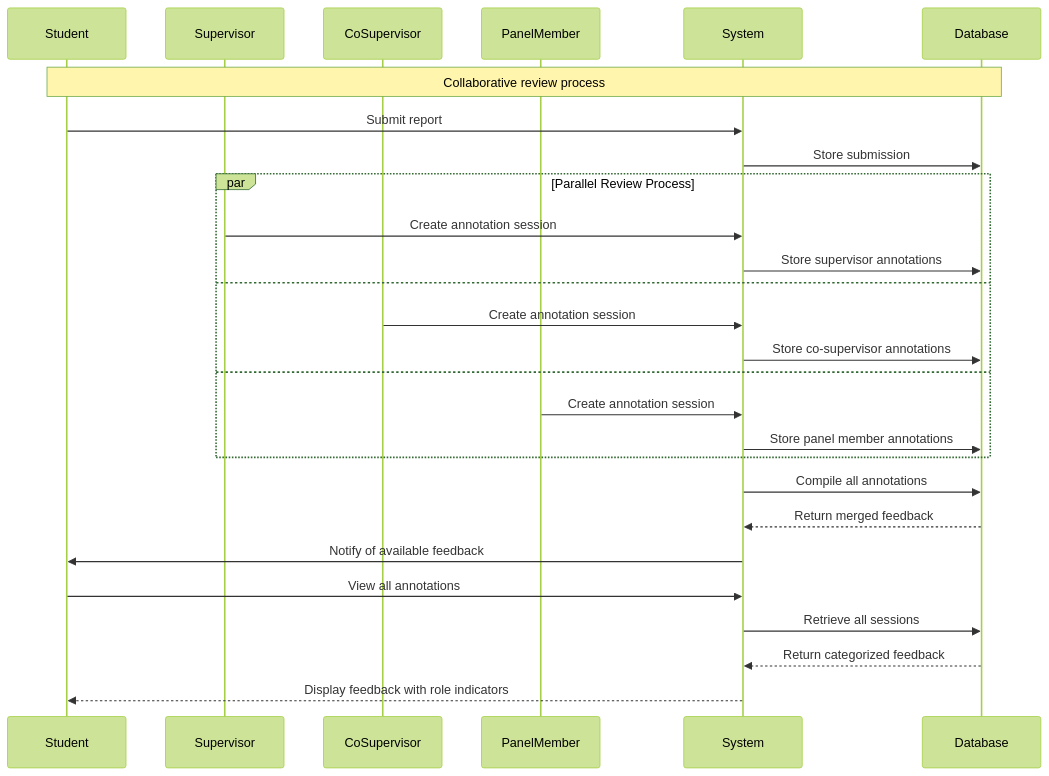
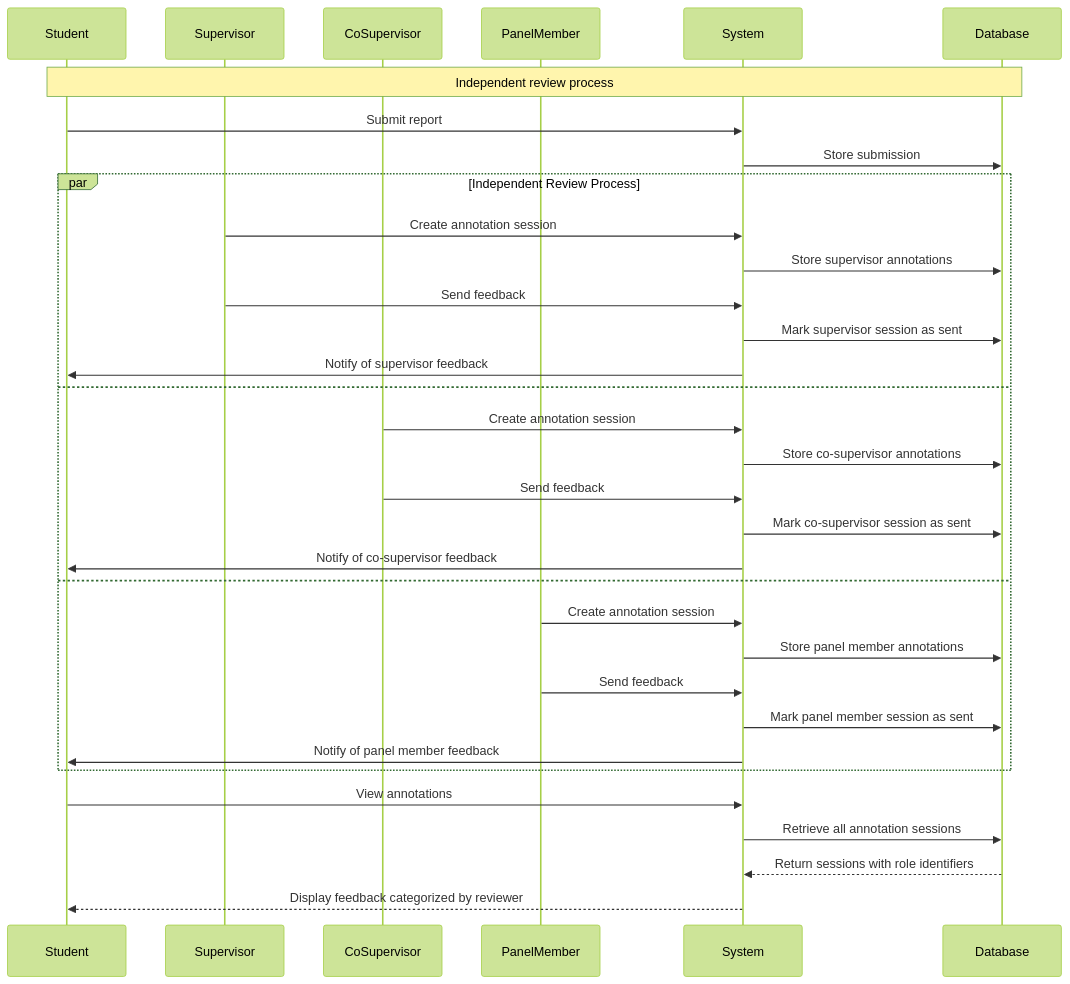
One commit to abdullah2323442/thesisrepo-backup changed diagram 32 of 37 in sequence-academic.md. Above: the diagram before and after it, drawn with Mermaid (forest theme). The commit also changed other lines of this file, not shown here.

Commit message:
update sequence academic md

````diff
--- a/sequence-academic.md
+++ b/sequence-academic.md
@@ -1070,34 +1070,39 @@
 ```mermaid
 sequenceDiagram
     participant Student
     participant Supervisor
     participant CoSupervisor
     participant PanelMember
     participant System
     participant Database
 
-    Note over Student,Database: Collaborative review process
+    Note over Student,Database: Independent review process
     
     Student->>System: Submit report
     System->>Database: Store submission
     
-    par Parallel Review Process
+    par Independent Review Process
         Supervisor->>System: Create annotation session
         System->>Database: Store supervisor annotations
+        Supervisor->>System: Send feedback
+        System->>Database: Mark supervisor session as sent
+        System->>Student: Notify of supervisor feedback
     and
         CoSupervisor->>System: Create annotation session
         System->>Database: Store co-supervisor annotations
+        CoSupervisor->>System: Send feedback
+        System->>Database: Mark co-supervisor session as sent
+        System->>Student: Notify of co-supervisor feedback
     and
         PanelMember->>System: Create annotation session
         System->>Database: Store panel member annotations
+        PanelMember->>System: Send feedback
+        System->>Database: Mark panel member session as sent
+        System->>Student: Notify of panel member feedback
     end
     
-    System->>Database: Compile all annotations
-    Database-->>System: Return merged feedback
-    System->>Student: Notify of available feedback
-    
-    Student->>System: View all annotations
-    System->>Database: Retrieve all sessions
-    Database-->>System: Return categorized feedback
-    System-->>Student: Display feedback with role indicators
+    Student->>System: View annotations
+    System->>Database: Retrieve all annotation sessions
+    Database-->>System: Return sessions with role identifiers
+    System-->>Student: Display feedback categorized by reviewer
 ```
````
